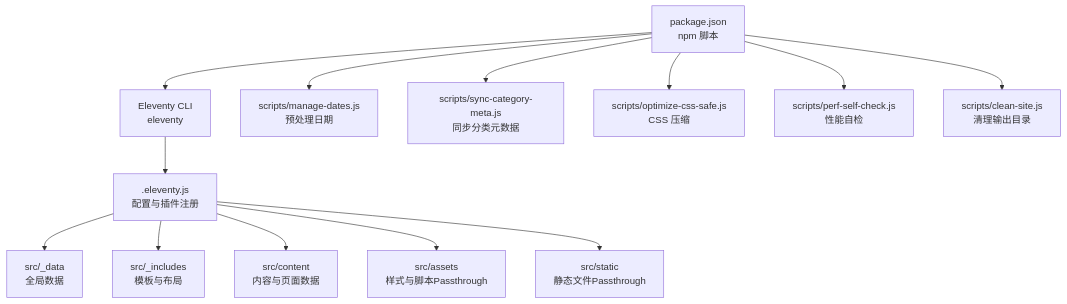
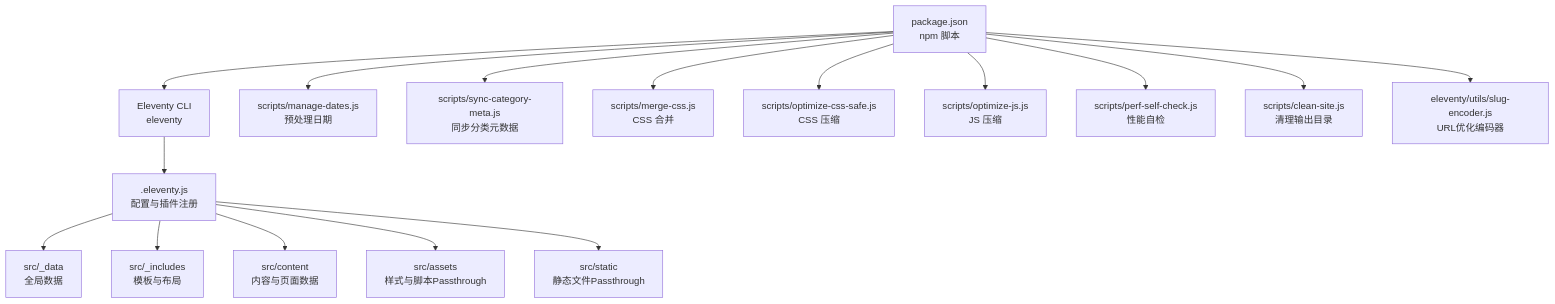
Before and after one commit to FXnadu/rainyNight-11ty: the first of 3 diagrams in .qoder/repowiki/zh/content/构建与部署/构建流程.md, drawn with Mermaid. The commit also changed other lines of this file and 79 other files, not shown here.

````diff
--- a/.qoder/repowiki/zh/content/构建与部署/构建流程.md
+++ b/.qoder/repowiki/zh/content/构建与部署/构建流程.md
@@ -44,15 +50,18 @@
 ```mermaid
 graph TB
 A["package.json<br/>npm 脚本"] --> B["Eleventy CLI<br/>eleventy"]
 B --> C[".eleventy.js<br/>配置与插件注册"]
 C --> D["src/_data<br/>全局数据"]
 C --> E["src/_includes<br/>模板与布局"]
 C --> F["src/content<br/>内容与页面数据"]
 C --> G["src/assets<br/>样式与脚本Passthrough"]
 C --> H["src/static<br/>静态文件Passthrough"]
 A --> I["scripts/manage-dates.js<br/>预处理日期"]
 A --> J["scripts/sync-category-meta.js<br/>同步分类元数据"]
-A --> K["scripts/optimize-css-safe.js<br/>CSS 压缩"]
-A --> L["scripts/perf-self-check.js<br/>性能自检"]
-A --> M["scripts/clean-site.js<br/>清理输出目录"]
+A --> K["scripts/merge-css.js<br/>CSS 合并"]
+A --> L["scripts/optimize-css-safe.js<br/>CSS 压缩"]
+A --> M["scripts/optimize-js.js<br/>JS 压缩"]
+A --> N["scripts/perf-self-check.js<br/>性能自检"]
+A --> O["scripts/clean-site.js<br/>清理输出目录"]
+A --> P["eleventy/utils/slug-encoder.js<br/>URL优化编码器"]
 ```
````
